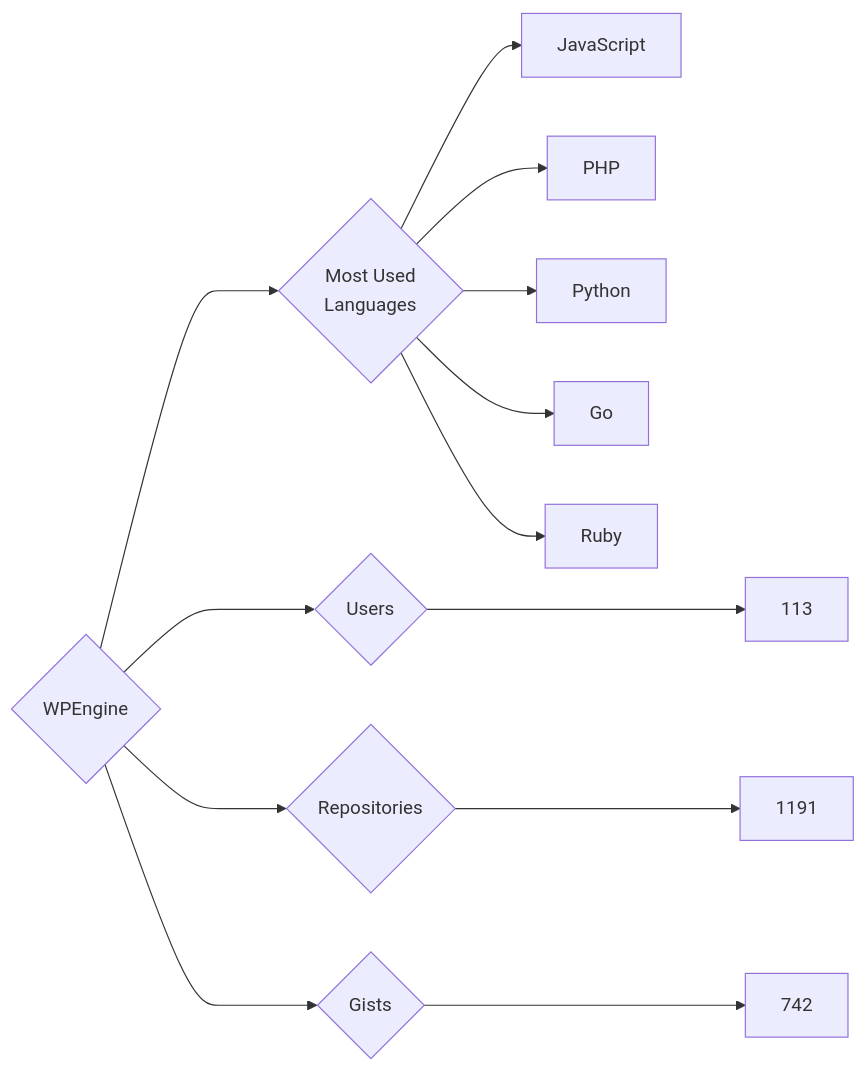
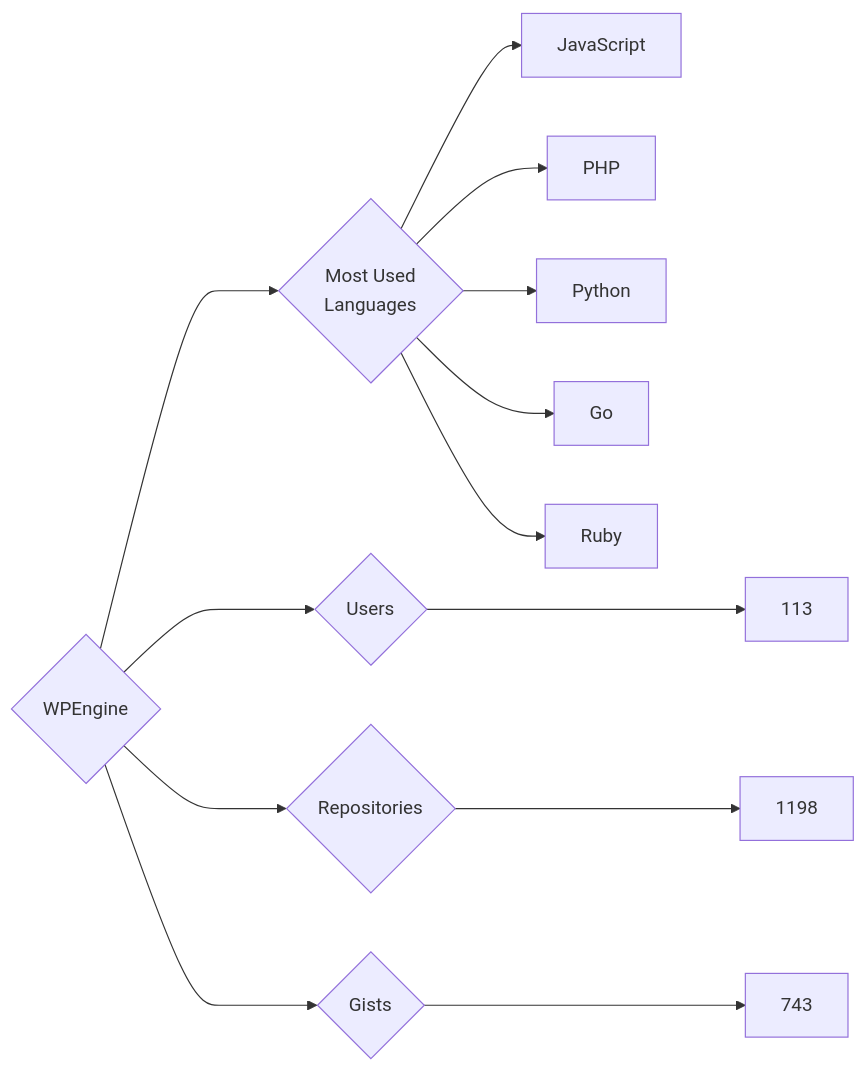
The diagram in targets/WPEngine/README.md (trickest/insiders), drawn with Mermaid before and after one commit. The commit also changed 797 other files, not shown here.

````diff
--- a/targets/WPEngine/README.md
+++ b/targets/WPEngine/README.md
@@ -3,13 +3,13 @@
 ```mermaid
 graph LR
 COMPANY_NAME{WPEngine}
 COMPANY_NAME ---> U{Users} ---> UN[113]
-COMPANY_NAME ---> R{Repositories} ---> RN[1191]
-COMPANY_NAME ---> G{Gists} ---> GN[742]
+COMPANY_NAME ---> R{Repositories} ---> RN[1198]
+COMPANY_NAME ---> G{Gists} ---> GN[743]
 COMPANY_NAME ---> ML{Most Used<br>Languages}
 ML --> JavaScript[JavaScript]
 ML --> PHP[PHP]
 ML --> Python[Python]
 ML --> Go[Go]
 ML --> Ruby[Ruby]
 ```
````
